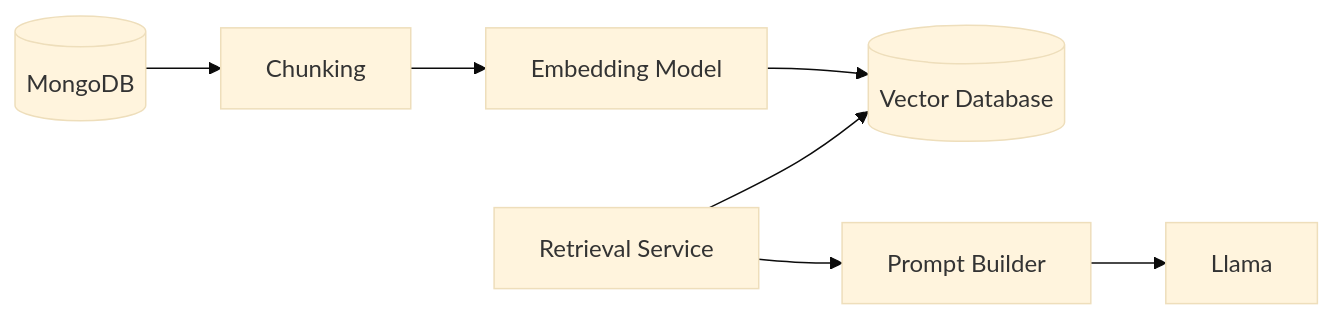
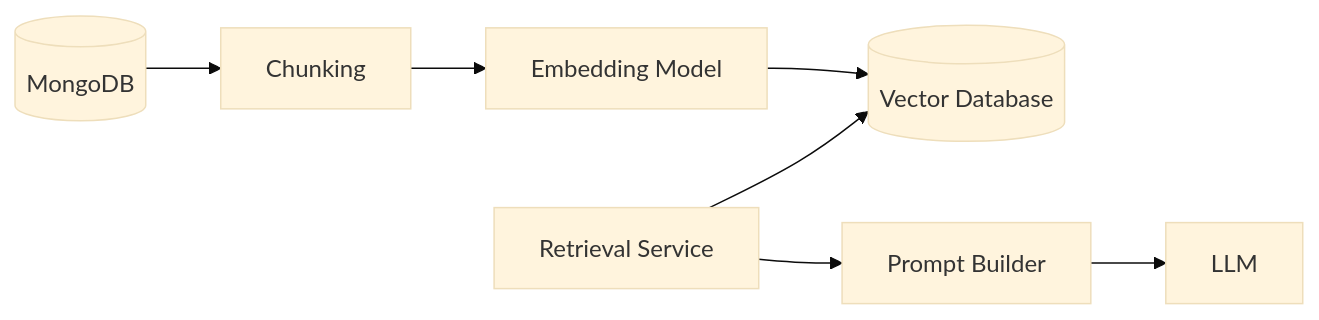
The second of 2 diagrams in README.md (onica-lorena/document-intelligence-platform), drawn with Mermaid (base theme) before and after one commit. The commit also changed other lines of this file, not shown here.

````diff
--- a/README.md
+++ b/README.md
@@ -169,29 +164,29 @@
 ```mermaid
 flowchart LR
 
     MongoDB[("MongoDB")]
 
     Chunking["Chunking"]
 
     Embeddings["Embedding Model"]
 
     VectorDB[("Vector Database")]
 
     Retrieval["Retrieval Service"]
 
     Prompt["Prompt Builder"]
 
-    LLM["Llama"]
+    LLM["LLM"]
 
     MongoDB --> Chunking
 
     Chunking --> Embeddings
 
     Embeddings --> VectorDB
 
     Retrieval --> VectorDB
 
     Retrieval --> Prompt
 
     Prompt --> LLM
 ```
````
